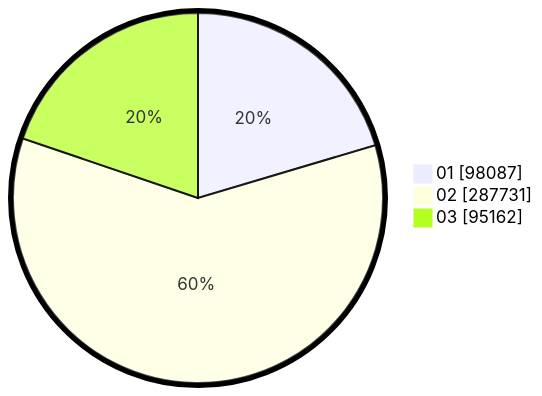
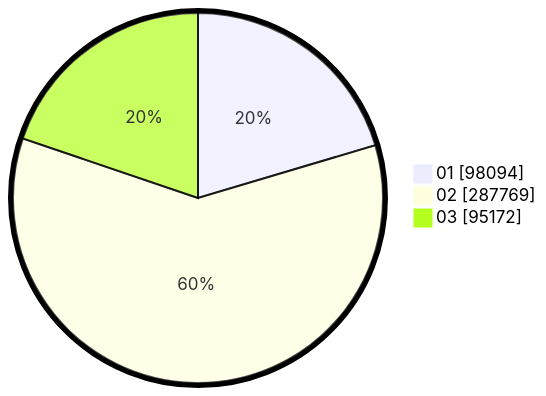
Before and after one commit to gigit-pemilu/pemilu-2024: the second of 2 diagrams in pilpres/hitung-suara/sub/table-wilayah-99.md, drawn with Mermaid. The commit also changed other lines of this file and 10 other files, not shown here.

````diff
--- a/pilpres/hitung-suara/sub/table-wilayah-99.md
+++ b/pilpres/hitung-suara/sub/table-wilayah-99.md
@@ -15,7 +15,7 @@
 ```mermaid
 %%{init: {"pie": {"textPosition": 0.5}, "themeVariables": {"pieOuterStrokeWidth": "5px"}} }%%
 pie showData
-    "01" : 98087
-    "02" : 287731
-    "03" : 95162
+    "01" : 98094
+    "02" : 287769
+    "03" : 95172
 ```
````
